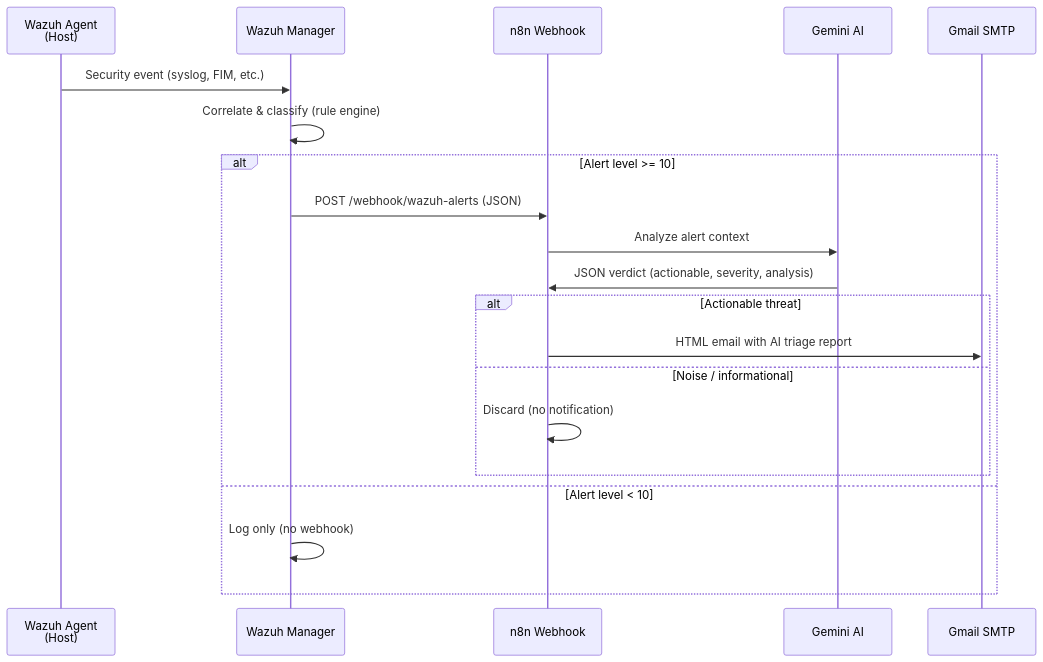
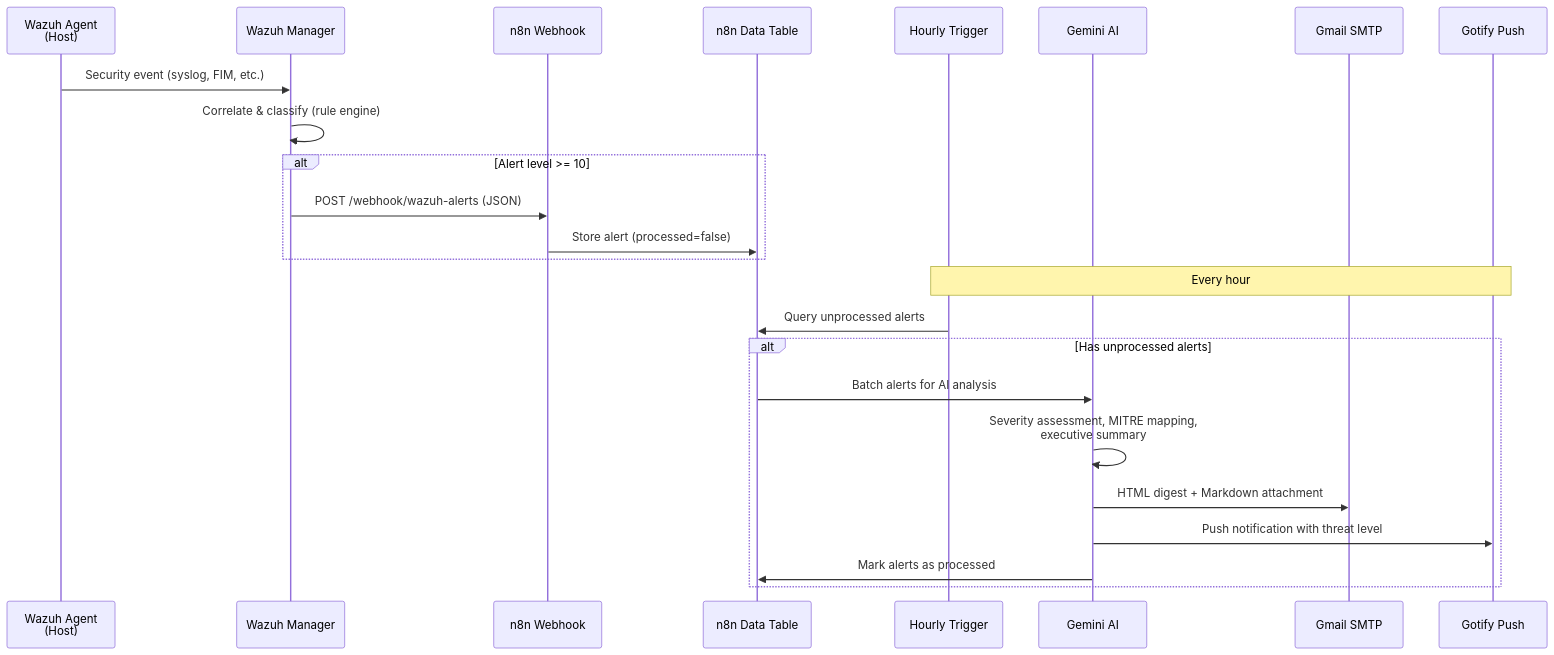
The third of 4 diagrams in README.md (danielpsf/homelab), drawn with Mermaid before and after one commit. The commit also changed other lines of this file, not shown here.

First line of the commit message:
docs: update README with Gotify, batch alert pipeline, and project changes

````diff
--- a/README.md
+++ b/README.md
@@ -102,23 +107,28 @@
 ```mermaid
 sequenceDiagram
     participant Agent as Wazuh Agent<br/>(Host)
     participant Manager as Wazuh Manager
-    participant N8N as n8n Webhook
+    participant Webhook as n8n Webhook
+    participant DB as n8n Data Table
+    participant Schedule as Hourly Trigger
     participant Gemini as Gemini AI
     participant Email as Gmail SMTP
+    participant Gotify as Gotify Push
 
     Agent->>Manager: Security event (syslog, FIM, etc.)
     Manager->>Manager: Correlate & classify (rule engine)
     alt Alert level >= 10
-        Manager->>N8N: POST /webhook/wazuh-alerts (JSON)
-        N8N->>Gemini: Analyze alert context
-        Gemini->>N8N: JSON verdict (actionable, severity, analysis)
-        alt Actionable threat
-            N8N->>Email: HTML email with AI triage report
-        else Noise / informational
-            N8N->>N8N: Discard (no notification)
-        end
-    else Alert level < 10
-        Manager->>Manager: Log only (no webhook)
+        Manager->>Webhook: POST /webhook/wazuh-alerts (JSON)
+        Webhook->>DB: Store alert (processed=false)
+    end
+
+    Note over Schedule,Gotify: Every hour
+    Schedule->>DB: Query unprocessed alerts
+    alt Has unprocessed alerts
+        DB->>Gemini: Batch alerts for AI analysis
+        Gemini->>Gemini: Severity assessment, MITRE mapping,<br/>executive summary
+        Gemini->>Email: HTML digest + Markdown attachment
+        Gemini->>Gotify: Push notification with threat level
+        Gemini->>DB: Mark alerts as processed
     end
 ```
````
